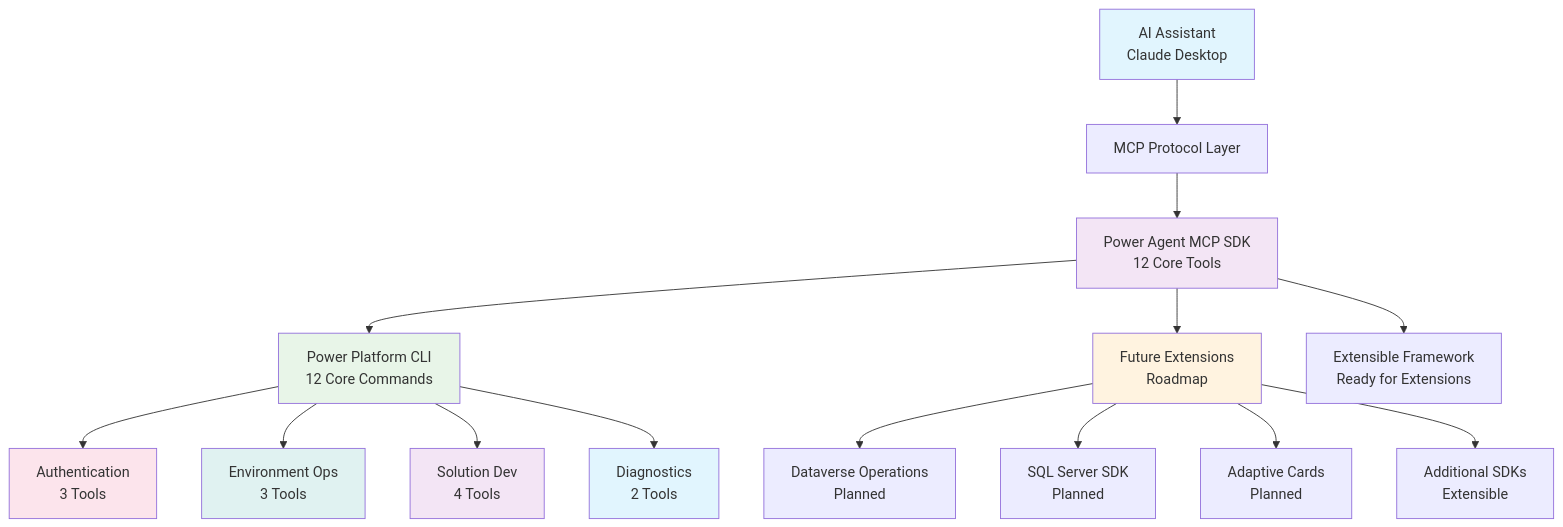
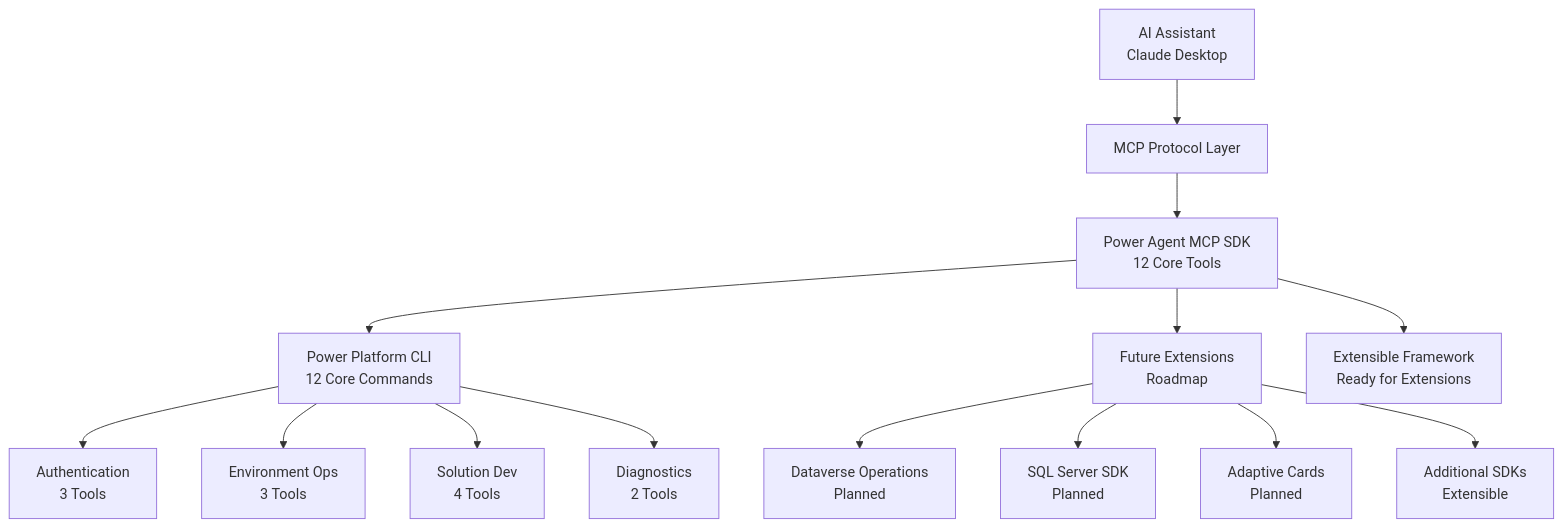
One commit to dayour/Power-Agent-MCP changed the diagram in README.md. Above: the diagram before and after it, drawn with Mermaid. The commit also changed other lines of this file and 11930 other files, not shown here.

````diff
--- a/README.md
+++ b/README.md
@@ -473,29 +523,29 @@
 ```mermaid
 graph TB
-    AI[AI Assistant<br/>Claude Desktop] --> MCP[MCP Protocol Layer]
-    MCP --> PAM[Power Agent MCP SDK<br/>12 Core Tools]
+ AI[AI Assistant<br/>Claude Desktop] --> MCP[MCP Protocol Layer]
+ MCP --> PAM[Power Agent MCP SDK<br/>12 Core Tools]
 
-    PAM --> PP[Power Platform CLI<br/>12 Core Commands]
-    PAM --> FUTURE[Future Extensions<br/>Roadmap]
+ PAM --> PP[Power Platform CLI<br/>12 Core Commands]
+ PAM --> FUTURE[Future Extensions<br/>Roadmap]
 
-    PP --> AUTH[Authentication<br/>3 Tools]
-    PP --> ENV[Environment Ops<br/>3 Tools]
-    PP --> SOL[Solution Dev<br/>4 Tools]
-    PP --> DIAG[Diagnostics<br/>2 Tools]
+ PP --> AUTH[Authentication<br/>3 Tools]
+ PP --> ENV[Environment Ops<br/>3 Tools]
+ PP --> SOL[Solution Dev<br/>4 Tools]
+ PP --> DIAG[Diagnostics<br/>2 Tools]
 
-    FUTURE --> DV[Dataverse Operations<br/>Planned]
-    FUTURE --> SQL[SQL Server SDK<br/>Planned]
-    FUTURE --> AC[Adaptive Cards<br/>Planned]
-    FUTURE --> EXTEND[Additional SDKs<br/>Extensible]
+ FUTURE --> DV[Dataverse Operations<br/>Planned]
+ FUTURE --> SQL[SQL Server SDK<br/>Planned]
+ FUTURE --> AC[Adaptive Cards<br/>Planned]
+ FUTURE --> EXTEND[Additional SDKs<br/>Extensible]
 
-    PAM --> EXT[Extensible Framework<br/>Ready for Extensions]
+ PAM --> EXT[Extensible Framework<br/>Ready for Extensions]
 
-    style AI fill:#e1f5fe
-    style PAM fill:#f3e5f5
-    style PP fill:#e8f5e8
-    style FUTURE fill:#fff3e0
-    style AUTH fill:#fce4ec
-    style ENV fill:#e0f2f1
-    style SOL fill:#f3e5f5
-    style DIAG fill:#e1f5fe
+ style AI fill:e1f5fe
+ style PAM fill:f3e5f5
+ style PP fill:e8f5e8
+ style FUTURE fill:fff3e0
+ style AUTH fill:fce4ec
+ style ENV fill:e0f2f1
+ style SOL fill:f3e5f5
+ style DIAG fill:e1f5fe
 ```
````
